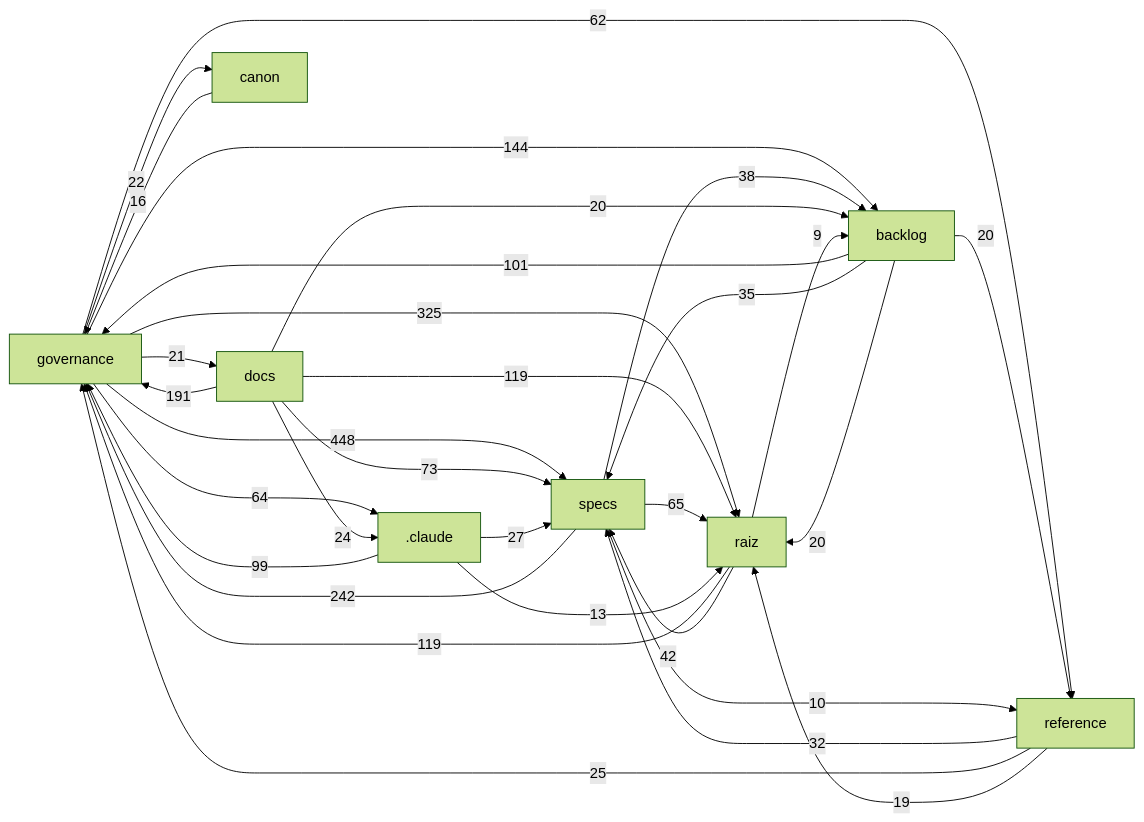
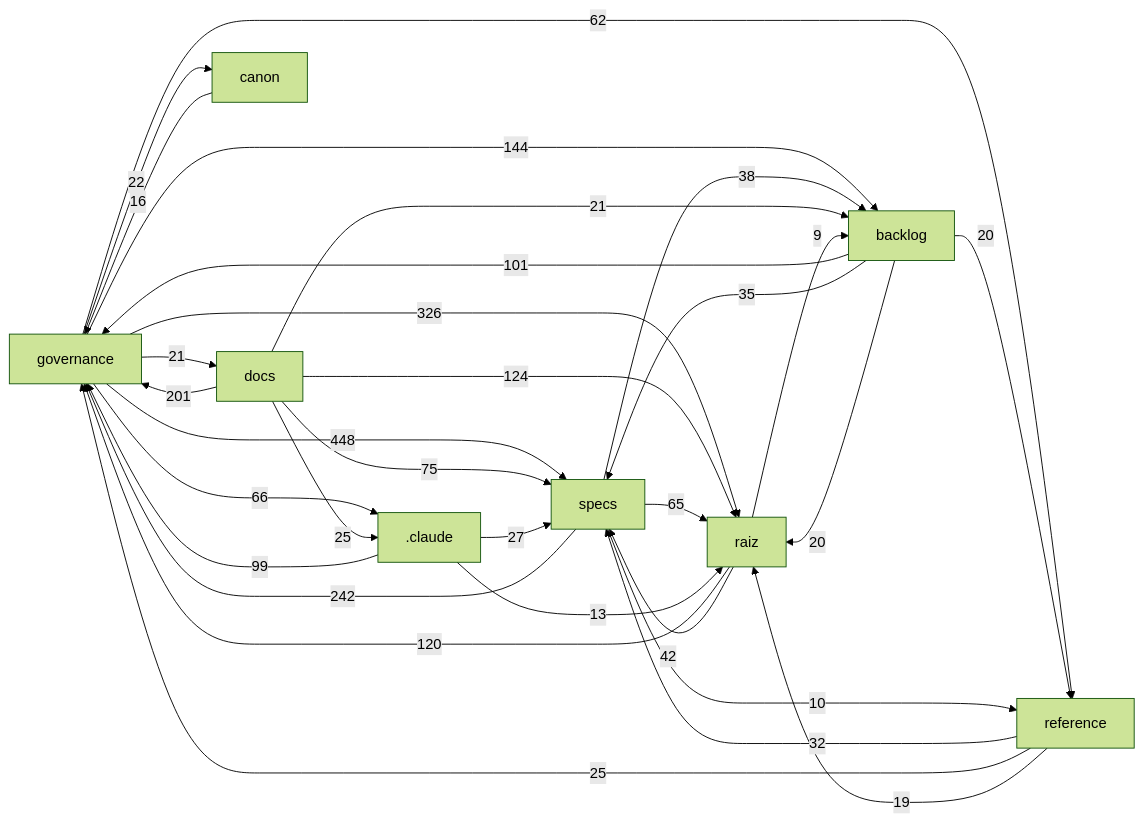
The diagram in docs/mapa/MAPA-PROJETO.md (Andraus35/Sistema-Operacional-de-Trading--SOT), drawn with Mermaid (forest theme) before and after one commit. The commit also changed other lines of this file and 8 other files, not shown here.

````diff
--- a/docs/mapa/MAPA-PROJETO.md
+++ b/docs/mapa/MAPA-PROJETO.md
@@ -29,33 +29,33 @@
 ```mermaid
 flowchart LR
   governance["governance"] -->|448| specs["specs"]
-  governance["governance"] -->|325| raiz["raiz"]
+  governance["governance"] -->|326| raiz["raiz"]
   specs["specs"] -->|242| governance["governance"]
-  docs["docs"] -->|191| governance["governance"]
+  docs["docs"] -->|201| governance["governance"]
   governance["governance"] -->|144| backlog["backlog"]
-  raiz["raiz"] -->|119| governance["governance"]
-  docs["docs"] -->|119| raiz["raiz"]
+  docs["docs"] -->|124| raiz["raiz"]
+  raiz["raiz"] -->|120| governance["governance"]
   backlog["backlog"] -->|101| governance["governance"]
   _claude[".claude"] -->|99| governance["governance"]
-  docs["docs"] -->|73| specs["specs"]
+  docs["docs"] -->|75| specs["specs"]
+  governance["governance"] -->|66| _claude[".claude"]
   specs["specs"] -->|65| raiz["raiz"]
-  governance["governance"] -->|64| _claude[".claude"]
   governance["governance"] -->|62| reference["reference"]
   raiz["raiz"] -->|42| specs["specs"]
   specs["specs"] -->|38| backlog["backlog"]
   backlog["backlog"] -->|35| specs["specs"]
   reference["reference"] -->|32| specs["specs"]
   _claude[".claude"] -->|27| specs["specs"]
+  docs["docs"] -->|25| _claude[".claude"]
   reference["reference"] -->|25| governance["governance"]
-  docs["docs"] -->|24| _claude[".claude"]
   governance["governance"] -->|22| canon["canon"]
+  docs["docs"] -->|21| backlog["backlog"]
   governance["governance"] -->|21| docs["docs"]
   backlog["backlog"] -->|20| raiz["raiz"]
   backlog["backlog"] -->|20| reference["reference"]
-  docs["docs"] -->|20| backlog["backlog"]
   reference["reference"] -->|19| raiz["raiz"]
   canon["canon"] -->|16| governance["governance"]
   _claude[".claude"] -->|13| raiz["raiz"]
   specs["specs"] -->|10| reference["reference"]
   raiz["raiz"] -->|9| backlog["backlog"]
 ```
````
